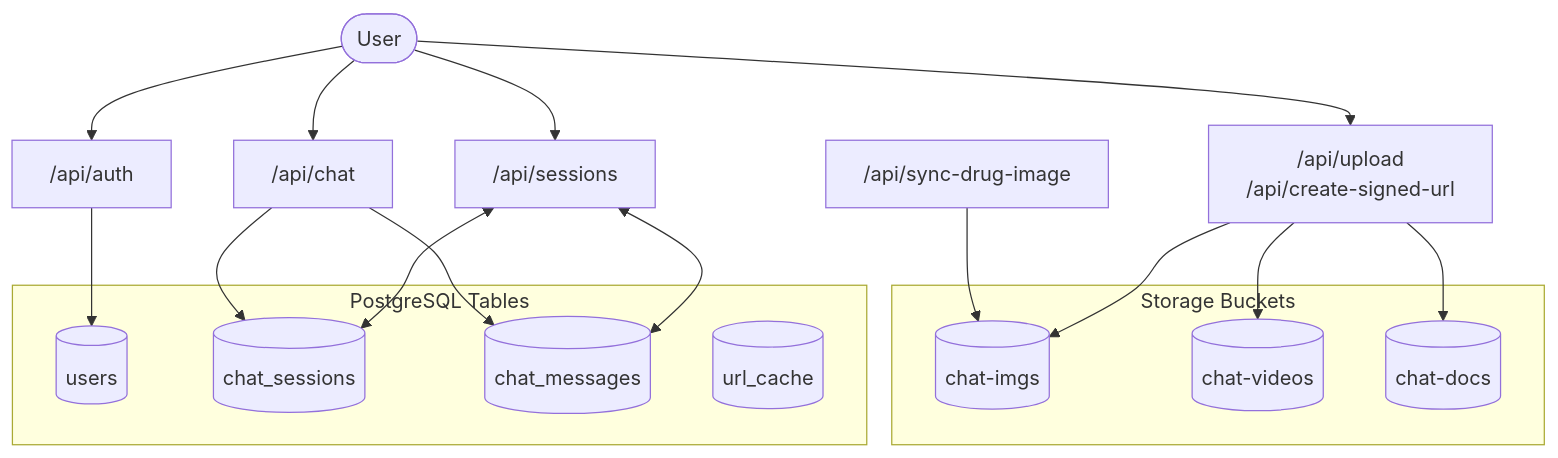
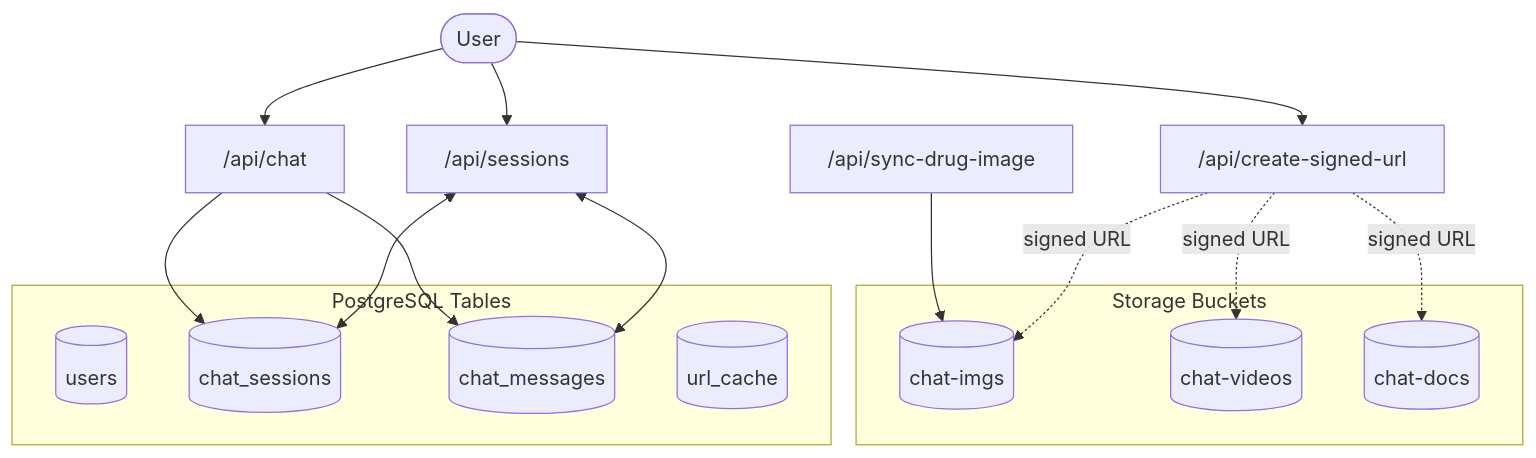
One commit to jpjp92/chat-agent changed the fifth of 5 diagrams in docs/guide/REF_Architecture.md. Above: the diagram before and after it, drawn with Mermaid. The commit also changed other lines of this file and 12 other files, not shown here.

Commit message:
fix(security): 스토리지 무인증 해소 — Bearer 요구 + 유저별 prefix + Storage RLS, 죽은 /api/upload 삭제 (IDOR-3 Phase 1)

````diff
--- a/docs/guide/REF_Architecture.md
+++ b/docs/guide/REF_Architecture.md
@@ -143,28 +143,26 @@
 ```mermaid
 flowchart TB
     User([User])
-    AuthAPI["/api/auth"]
     SessionsAPI["/api/sessions"]
     ChatAPI["/api/chat"]
-    UploadAPI["/api/upload\n/api/create-signed-url"]
+    UploadAPI["/api/create-signed-url"]
     SyncAPI["/api/sync-drug-image"]
 
     subgraph Tables ["PostgreSQL Tables"]
         Users[("users")]
         Sessions[("chat_sessions")]
         Messages[("chat_messages")]
         URLCache[("url_cache")]
     end
 
     subgraph Storage ["Storage Buckets"]
         Imgs[("chat-imgs")]
         Videos[("chat-videos")]
         Docs[("chat-docs")]
     end
 
-    User --> AuthAPI --> Users
     User --> SessionsAPI <--> Sessions & Messages
-    User --> UploadAPI --> Imgs & Videos & Docs
+    User --> UploadAPI -. "signed URL" .-> Imgs & Videos & Docs
     User --> ChatAPI --> Messages & Sessions
     SyncAPI --> Imgs
 ```
````
